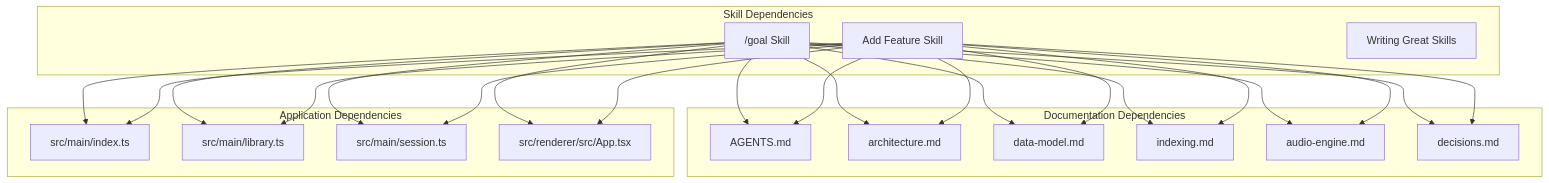
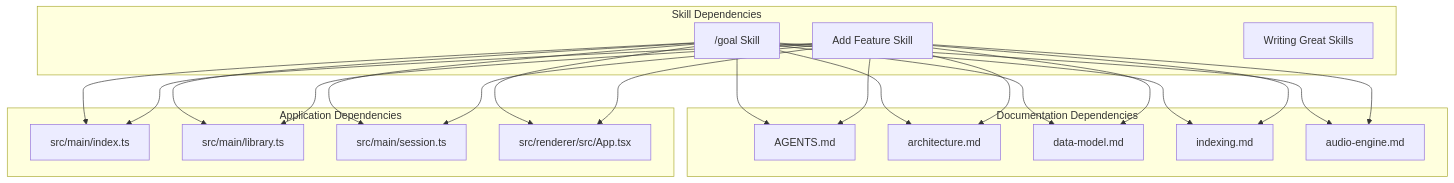
Before and after one commit to satyrlord/mixjam-electron: the seventh of 7 diagrams in .qoder/repowiki/en/content/Development Guidelines/Skill System & Goal Management.md, drawn with Mermaid. The commit also changed other lines of this file and 51 other files, not shown here.

````diff
--- a/.qoder/repowiki/en/content/Development Guidelines/Skill System & Goal Management.md
+++ b/.qoder/repowiki/en/content/Development Guidelines/Skill System & Goal Management.md
@@ -311,42 +306,39 @@
 ```mermaid
 graph TB
 subgraph "Documentation Dependencies"
 AG["AGENTS.md"]
 Arch["architecture.md"]
 Data["data-model.md"]
 Index["indexing.md"]
 Audio["audio-engine.md"]
-Dec["decisions.md"]
 end
 subgraph "Application Dependencies"
 Main["src/main/index.ts"]
 Lib["src/main/library.ts"]
 Session["src/main/session.ts"]
 Renderer["src/renderer/src/App.tsx"]
 end
 subgraph "Skill Dependencies"
 Goal["/goal Skill"]
 AddFeat["Add Feature Skill"]
 WriteSkills["Writing Great Skills"]
 end
 Goal --> AG
 Goal --> Arch
 Goal --> Data
 Goal --> Index
 Goal --> Audio
-Goal --> Dec
 AddFeat --> AG
 AddFeat --> Arch
 AddFeat --> Data
 AddFeat --> Index
 AddFeat --> Audio
-AddFeat --> Dec
 Goal --> Main
 Goal --> Lib
 Goal --> Session
 Goal --> Renderer
 AddFeat --> Main
 AddFeat --> Lib
 AddFeat --> Session
 AddFeat --> Renderer
 ```
````
